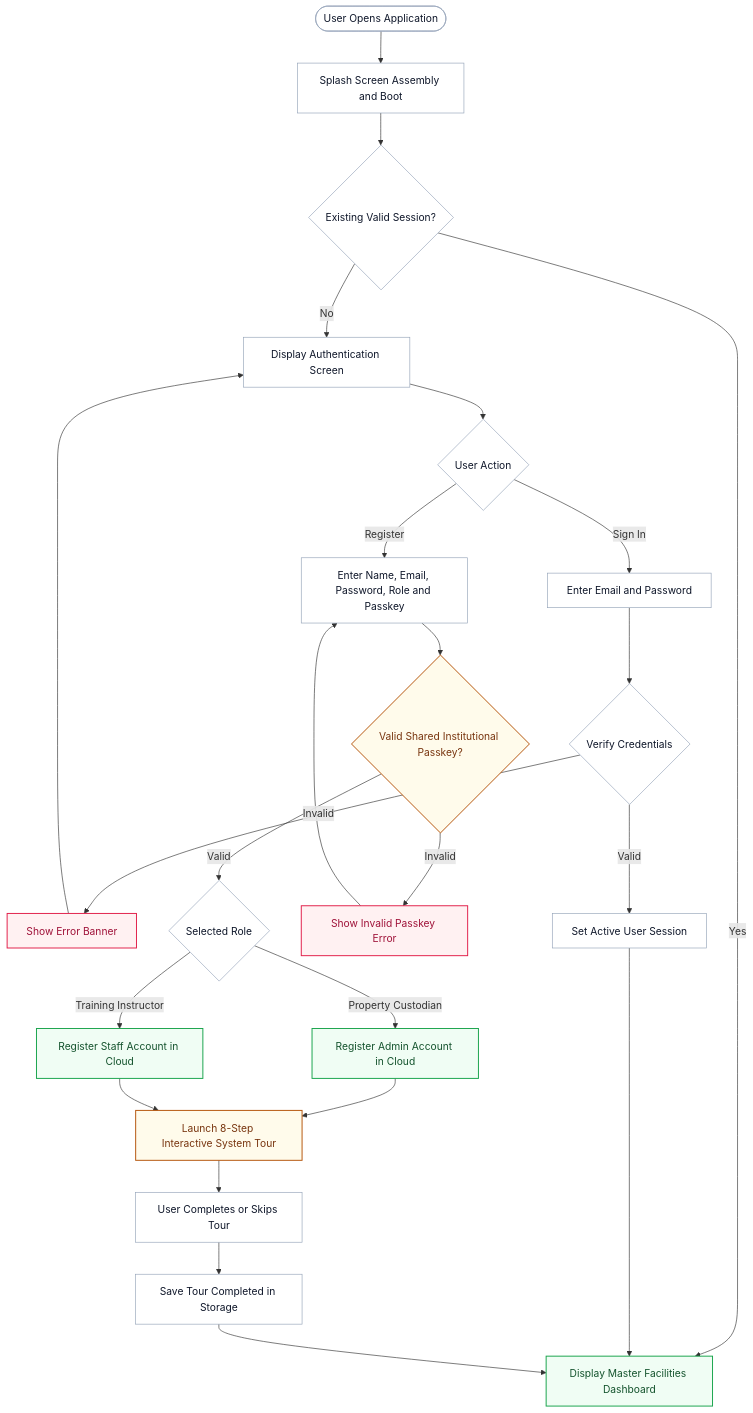
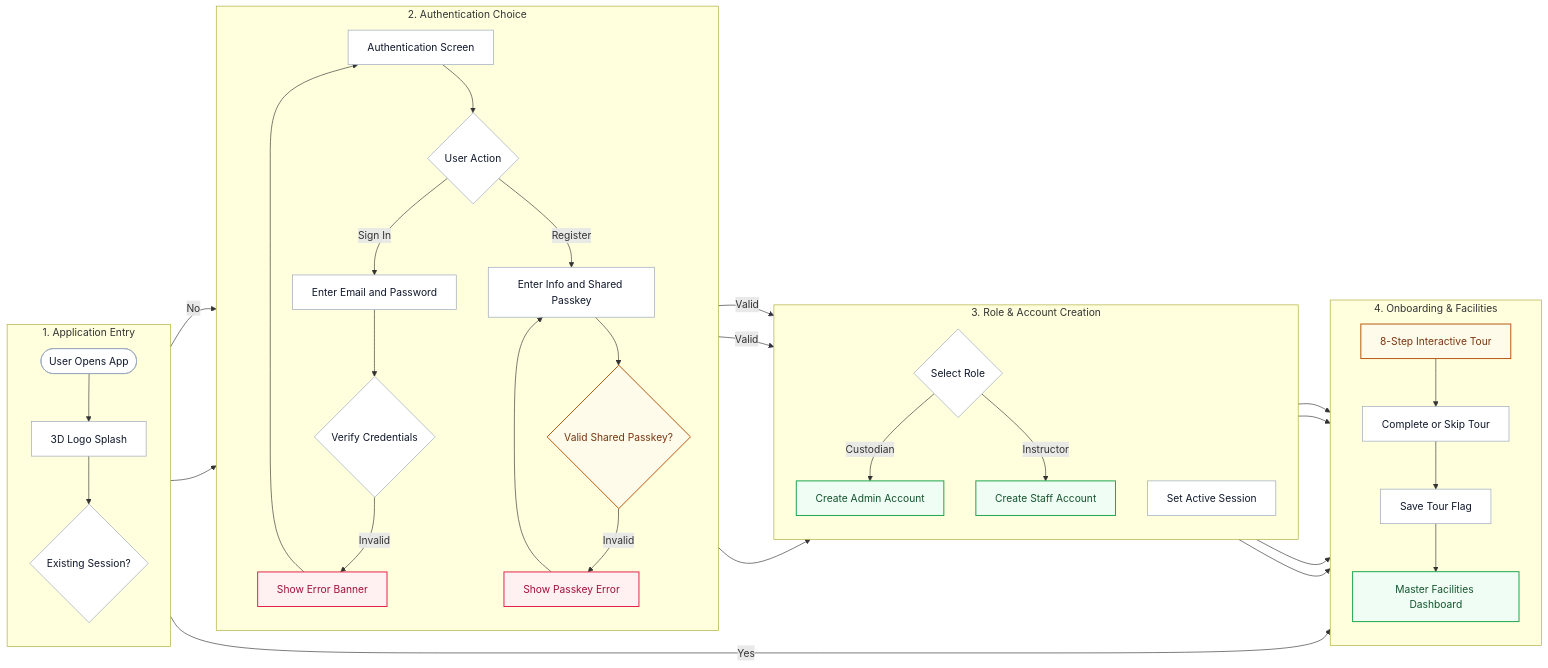
One commit to kai-zze/KM100-Stock changed the third of 5 diagrams in docs/APP_FLOWCHART.md. Above: the diagram before and after it, drawn with Mermaid. The commit also changed other lines of this file and 7 other files, not shown here.

Commit message:
docs: rearrange all flowcharts for landscape bond paper (11x8.5)

````diff
--- a/docs/APP_FLOWCHART.md
+++ b/docs/APP_FLOWCHART.md
@@ -153,43 +157,53 @@
 ```mermaid
-flowchart TD
-    Start([User Opens Application]) --> Splash["Splash Screen Assembly and Boot"]
-    Splash --> CheckSession{"Existing Valid Session?"}
+flowchart LR
+    subgraph Step1["1. Application Entry"]
+        direction TB
+        Start([User Opens App]) --> Splash["3D Logo Splash"]
+        Splash --> CheckSession{"Existing Session?"}
+    end
 
-    CheckSession -->|Yes| NormalDashboard["Display Master Facilities Dashboard"]
-    CheckSession -->|No| LoginScreen["Display Authentication Screen"]
+    subgraph Step2["2. Authentication Choice"]
+        direction TB
+        CheckSession -->|No| LoginScreen["Authentication Screen"]
+        LoginScreen --> ModeChoice{"User Action"}
+        ModeChoice -->|Sign In| EnterCreds["Enter Email and Password"]
+        EnterCreds --> VerifyAuth{"Verify Credentials"}
+        VerifyAuth -->|Invalid| LoginError["Show Error Banner"]
+        LoginError --> LoginScreen
+        ModeChoice -->|Register| EnterReg["Enter Info and Shared Passkey"]
+        EnterReg --> CheckPasskey{"Valid Shared Passkey?"}
+        PasskeyError["Show Passkey Error"]
+        CheckPasskey -->|Invalid| PasskeyError
+        PasskeyError --> EnterReg
+    end
 
-    LoginScreen --> ModeChoice{"User Action"}
+    subgraph Step3["3. Role & Account Creation"]
+        direction TB
+        CheckPasskey -->|Valid| SelectRole{"Select Role"}
+        SelectRole -->|Custodian| CreateAdmin["Create Admin Account"]
+        SelectRole -->|Instructor| CreateStaff["Create Staff Account"]
+        VerifyAuth -->|Valid| SetSession["Set Active Session"]
+    end
 
-    ModeChoice -->|Sign In| EnterCreds["Enter Email and Password"]
-    EnterCreds --> VerifyAuth{"Verify Credentials"}
-    VerifyAuth -->|Invalid| LoginError["Show Error Banner"]
-    LoginError --> LoginScreen
-    VerifyAuth -->|Valid| SetSession["Set Active User Session"]
-    SetSession --> NormalDashboard
+    subgraph Step4["4. Onboarding & Facilities"]
+        direction TB
+        CreateAdmin --> OnboardingTour["8-Step Interactive Tour"]
+        CreateStaff --> OnboardingTour
+        OnboardingTour --> CompleteTour["Complete or Skip Tour"]
+        CompleteTour --> SaveTourDone["Save Tour Flag"]
+        SaveTourDone --> NormalDashboard["Master Facilities Dashboard"]
+        CheckSession -->|Yes| NormalDashboard
+        SetSession --> NormalDashboard
+    end
 
-    ModeChoice -->|Register| EnterReg["Enter Name, Email, Password, Role and Passkey"]
-    EnterReg --> CheckSharedPasskey{"Valid Shared Institutional Passkey?"}
-
-    CheckSharedPasskey -->|Invalid| PasskeyError["Show Invalid Passkey Error"]
-    PasskeyError --> EnterReg
-
-    CheckSharedPasskey -->|Valid| SelectRole{"Selected Role"}
-    SelectRole -->|Property Custodian| CreateAdmin["Register Admin Account in Cloud"]
-    SelectRole -->|Training Instructor| CreateStaff["Register Staff Account in Cloud"]
-
-    CreateAdmin --> OnboardingTour["Launch 8-Step Interactive System Tour"]
-    CreateStaff --> OnboardingTour
-
-    OnboardingTour --> CompleteTour["User Completes or Skips Tour"]
-    CompleteTour --> SaveTourDone["Save Tour Completed in Storage"]
-    SaveTourDone --> NormalDashboard
+    Step1 --> Step2 --> Step3 --> Step4
 
     classDef default fill:#ffffff,stroke:#94a3b8,stroke-width:1px,color:#0f172a;
     classDef amber fill:#fffbeb,stroke:#b45309,stroke-width:1.5px,color:#78350f;
     classDef rose fill:#fff1f2,stroke:#e11d48,stroke-width:1.5px,color:#9f1239;
     classDef emerald fill:#f0fdf4,stroke:#16a34a,stroke-width:1.5px,color:#14532d;
 
-    class OnboardingTour,CheckSharedPasskey amber;
+    class OnboardingTour,CheckPasskey amber;
     class PasskeyError,LoginError rose;
     class CreateAdmin,CreateStaff,NormalDashboard emerald;
 ```
````
